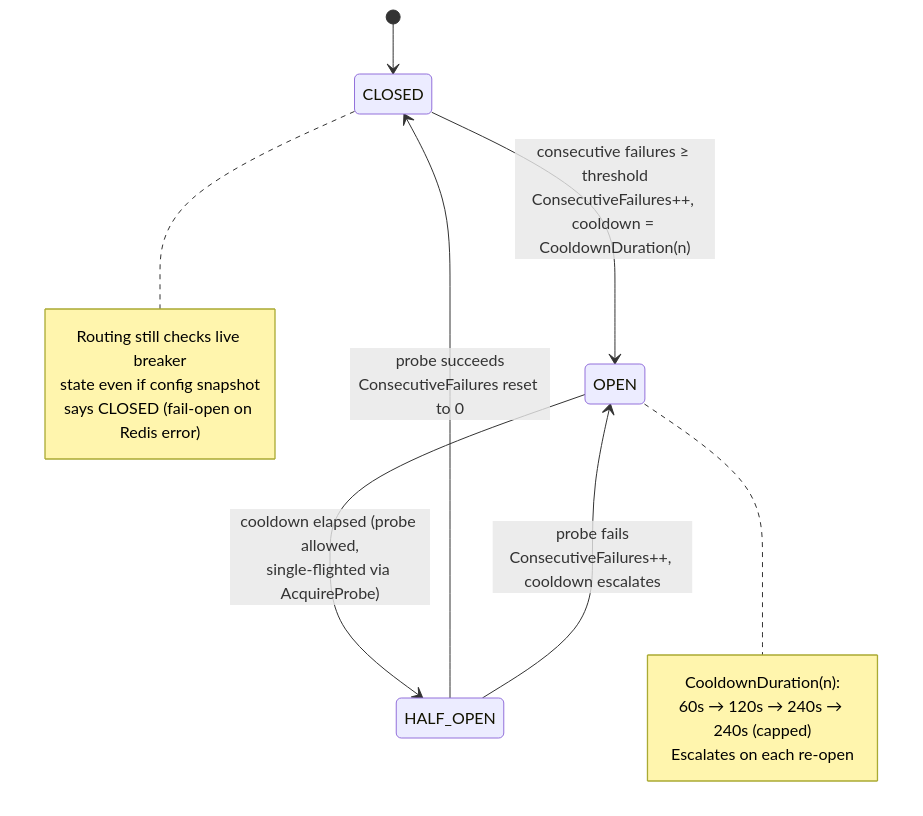
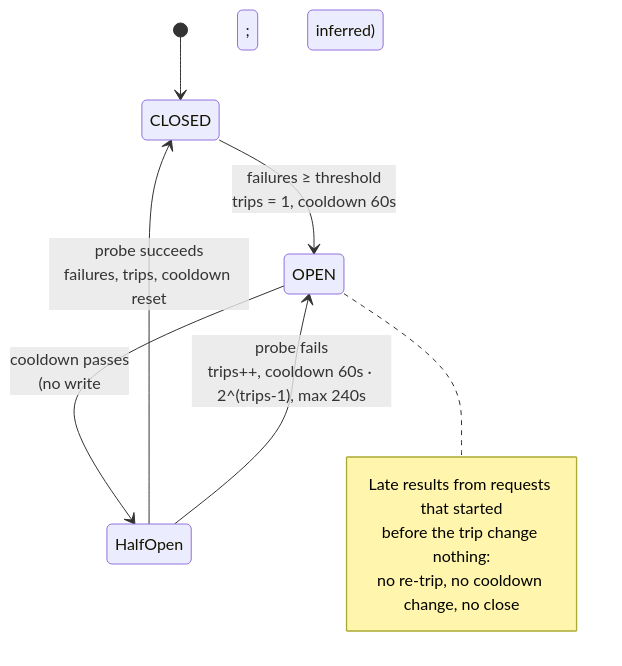
One commit to blue-samarth/payment-service changed the fifth of 11 diagrams in README.md. Above: the diagram before and after it, drawn with Mermaid. The commit also changed other lines of this file and 17 other files, not shown here.

First line of the commit message:
fix(breaker): recover after cooldown instead of latching OPEN (B13) (#20)

````diff
--- a/README.md
+++ b/README.md
@@ -360,21 +360,15 @@
 ```mermaid
 stateDiagram-v2
     [*] --> CLOSED
 
-    CLOSED --> OPEN : consecutive failures ≥ threshold<br/>ConsecutiveFailures++, cooldown = CooldownDuration(n)
-    OPEN --> HALF_OPEN : cooldown elapsed (probe allowed,<br/>single-flighted via AcquireProbe)
-    HALF_OPEN --> CLOSED : probe succeeds<br/>ConsecutiveFailures reset to 0
-    HALF_OPEN --> OPEN : probe fails<br/>ConsecutiveFailures++, cooldown escalates
+    CLOSED --> OPEN : failures ≥ threshold<br/>trips = 1, cooldown 60s
+    OPEN --> HalfOpen : cooldown passes<br/>(no write; inferred)
+    HalfOpen --> CLOSED : probe succeeds<br/>failures, trips, cooldown reset
+    HalfOpen --> OPEN : probe fails<br/>trips++, cooldown 60s · 2^(trips-1), max 240s
 
     note right of OPEN
-        CooldownDuration(n):
-        60s → 120s → 240s → 240s (capped)
-        Escalates on each re-open
-    end note
-
-    note right of CLOSED
-        Routing still checks live breaker
-        state even if config snapshot
-        says CLOSED (fail-open on Redis error)
+        Late results from requests that started
+        before the trip change nothing:
+        no re-trip, no cooldown change, no close
     end note
 ```
````
